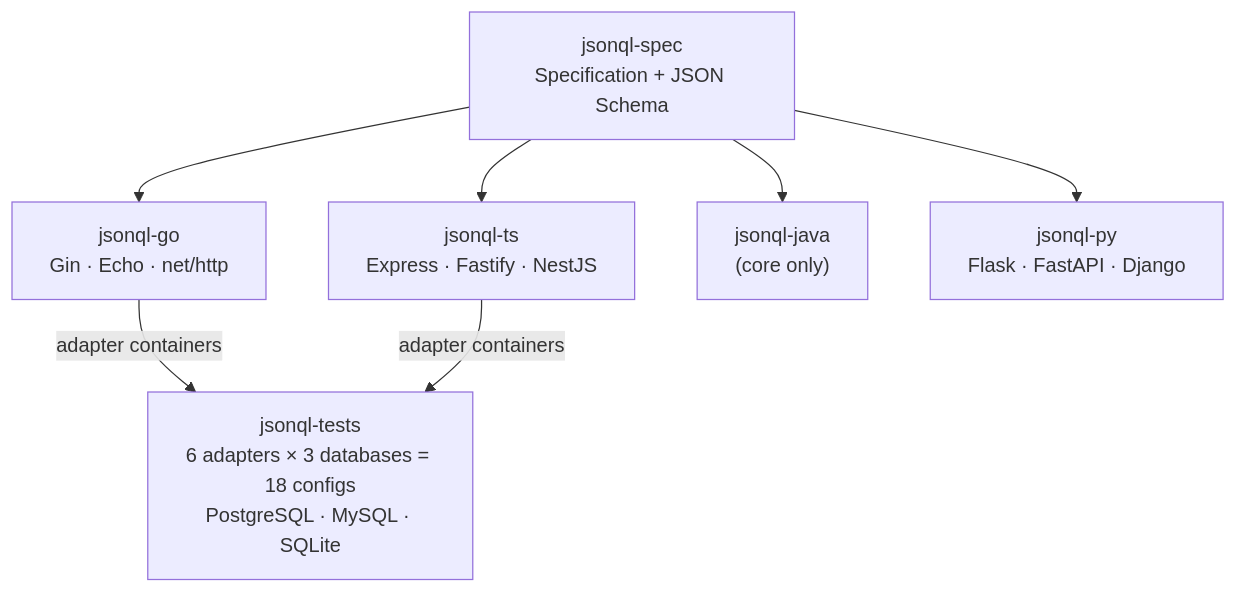
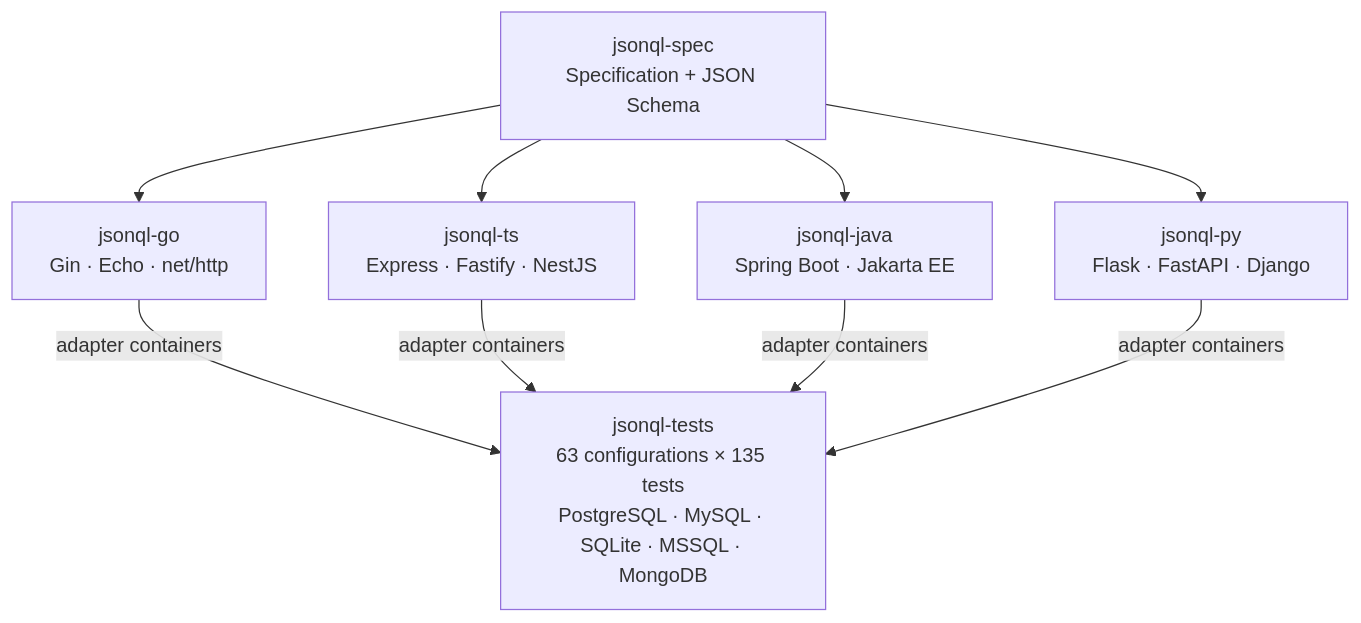
Before and after one commit to JSONQL-Standard/jsonql-docs: the second of 2 diagrams in src/content/docs/guides/architecture.md, drawn with Mermaid. The commit also changed other lines of this file and 5 other files, not shown here.

````diff
--- a/src/content/docs/guides/architecture.md
+++ b/src/content/docs/guides/architecture.md
@@ -44,12 +44,14 @@
 ```mermaid
 graph TD
     SPEC["jsonql-spec<br/>Specification + JSON Schema"]
 
     SPEC --> GO["jsonql-go<br/>Gin · Echo · net/http"]
     SPEC --> TS["jsonql-ts<br/>Express · Fastify · NestJS"]
-    SPEC --> JAVA["jsonql-java<br/>(core only)"]
+    SPEC --> JAVA["jsonql-java<br/>Spring Boot · Jakarta EE"]
     SPEC --> PY["jsonql-py<br/>Flask · FastAPI · Django"]
 
-    GO -->|adapter containers| TESTS["jsonql-tests<br/>6 adapters × 3 databases = 18 configs<br/>PostgreSQL · MySQL · SQLite"]
+    GO -->|adapter containers| TESTS["jsonql-tests<br/>63 configurations × 135 tests<br/>PostgreSQL · MySQL · SQLite · MSSQL · MongoDB"]
     TS -->|adapter containers| TESTS
+    JAVA -->|adapter containers| TESTS
+    PY -->|adapter containers| TESTS
 ```
````
